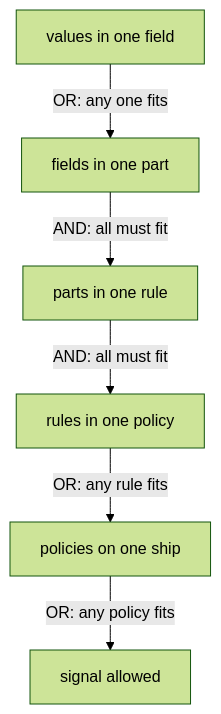
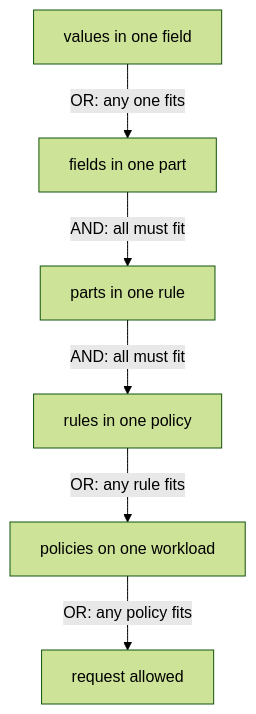
The diagram in sections/section-020/module-01/course-03-write-a-guest-list-entry.md (astrona-io/ATS015), drawn with Mermaid (forest theme) before and after one commit. The commit also changed other lines of this file and 42 other files, not shown here.

````diff
--- a/sections/section-020/module-01/course-03-write-a-guest-list-entry.md
+++ b/sections/section-020/module-01/course-03-write-a-guest-list-entry.md
@@ -104,8 +104,8 @@
 ```mermaid
 flowchart TB
     V["values in one field"] -->|"OR: any one fits"| F["fields in one part"]
     F -->|"AND: all must fit"| P["parts in one rule"]
     P -->|"AND: all must fit"| R["rules in one policy"]
-    R -->|"OR: any rule fits"| L["policies on one ship"]
-    L -->|"OR: any policy fits"| OK["signal allowed"]
+    R -->|"OR: any rule fits"| L["policies on one workload"]
+    L -->|"OR: any policy fits"| OK["request allowed"]
 ```
````
